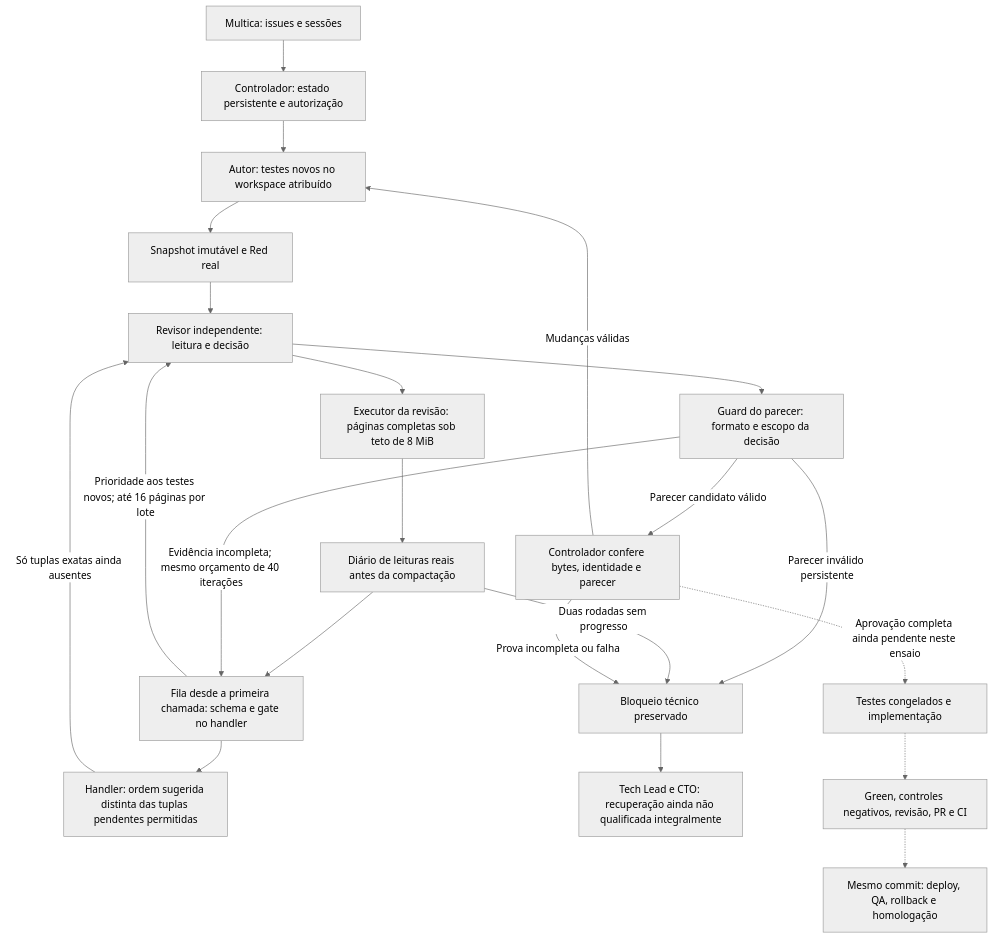
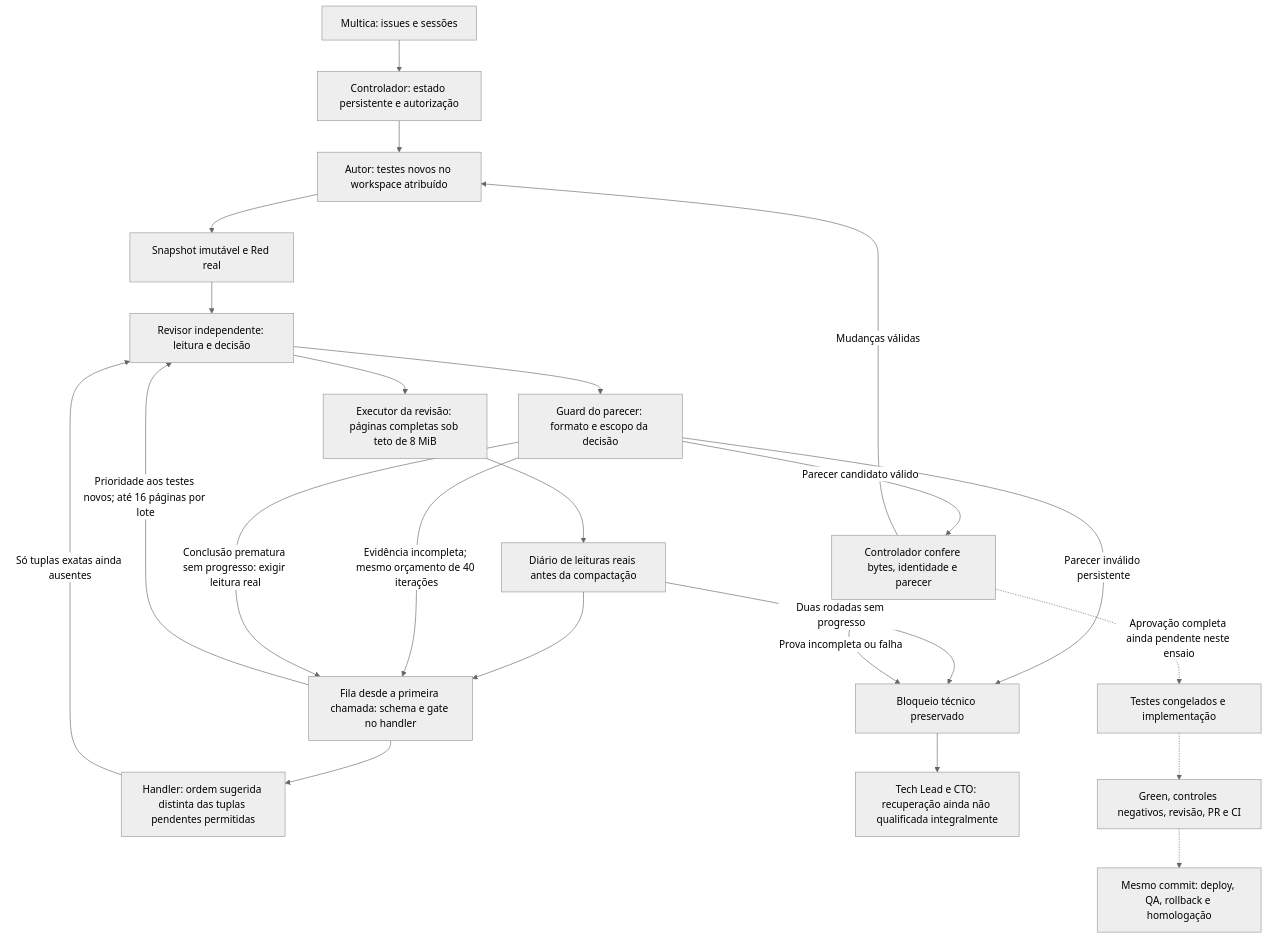
The diagram in docs/ARCHITECTURE.md (codifydeep/fabriquinha), drawn with Mermaid (neutral theme) before and after one commit. The commit also changed other lines of this file and 28 other files, not shown here.

````diff
--- a/docs/ARCHITECTURE.md
+++ b/docs/ARCHITECTURE.md
@@ -35,24 +35,25 @@
 ```mermaid
 flowchart TD
     M[Multica: issues e sessões] --> C[Controlador: estado persistente e autorização]
     C --> A[Autor: testes novos no workspace atribuído]
     A --> S[Snapshot imutável e Red real]
     S --> R[Revisor independente: leitura e decisão]
     R --> O[Executor da revisão: páginas completas sob teto de 8 MiB]
     O --> J[Diário de leituras reais antes da compactação]
     J --> P[Fila desde a primeira chamada: schema e gate no handler]
     P -->|Prioridade aos testes novos; até 16 páginas por lote| R
     P --> N[Handler: ordem sugerida distinta das tuplas pendentes permitidas]
     N -->|Só tuplas exatas ainda ausentes| R
     R --> F[Guard do parecer: formato e escopo da decisão]
     F -->|Evidência incompleta; mesmo orçamento de 40 iterações| P
+    F -->|Conclusão prematura sem progresso: exigir leitura real| P
     F -->|Parecer inválido persistente| B
     J -->|Duas rodadas sem progresso| B[Bloqueio técnico preservado]
     F -->|Parecer candidato válido| E[Controlador confere bytes, identidade e parecer]
     E -->|Mudanças válidas| A
     E -->|Prova incompleta ou falha| B
     B --> T[Tech Lead e CTO: recuperação ainda não qualificada integralmente]
     E -.->|Aprovação completa ainda pendente neste ensaio| G[Testes congelados e implementação]
     G -.-> D[Green, controles negativos, revisão, PR e CI]
     D -.-> H[Mesmo commit: deploy, QA, rollback e homologação]
 ```
````
